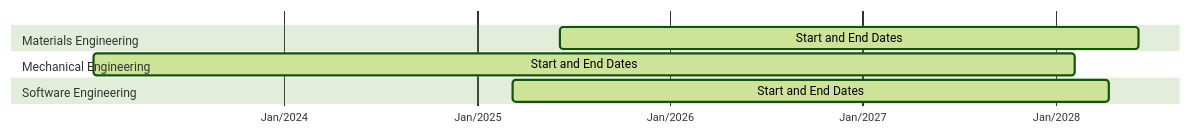
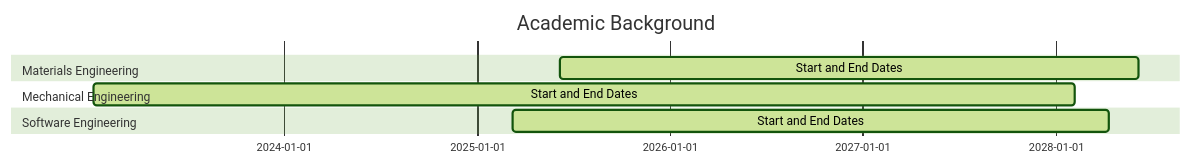
The first of 3 diagrams in README.md (delblerferreira/delblerferreira), drawn with Mermaid (forest theme) before and after one commit.

````diff
--- a/README.md
+++ b/README.md
@@ -44,14 +44,13 @@
 ```mermaid
 gantt
+    title Academic Background
     dateFormat  YYYY-MM-DD
-    axisFormat  %b/%Y
-
     section Materials Engineering
     Start and End Dates       :active, materials, 2025-06-06, 2028-06-06
 
     section Mechanical Engineering
     Start and End Dates       :active, mechanical, 2023-01-06, 2028-02-06
 
     section Software Engineering
     Start and End Dates       :active, software, 2025-03-10, 2028-04-10
 ```
````
